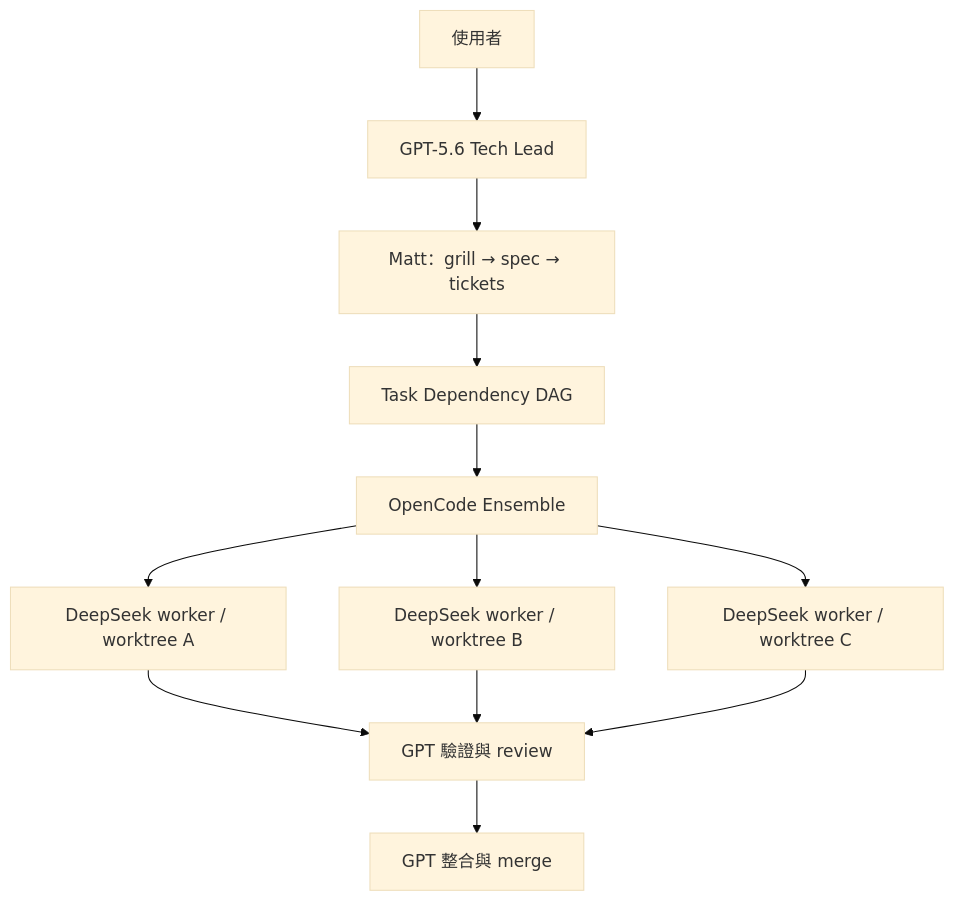
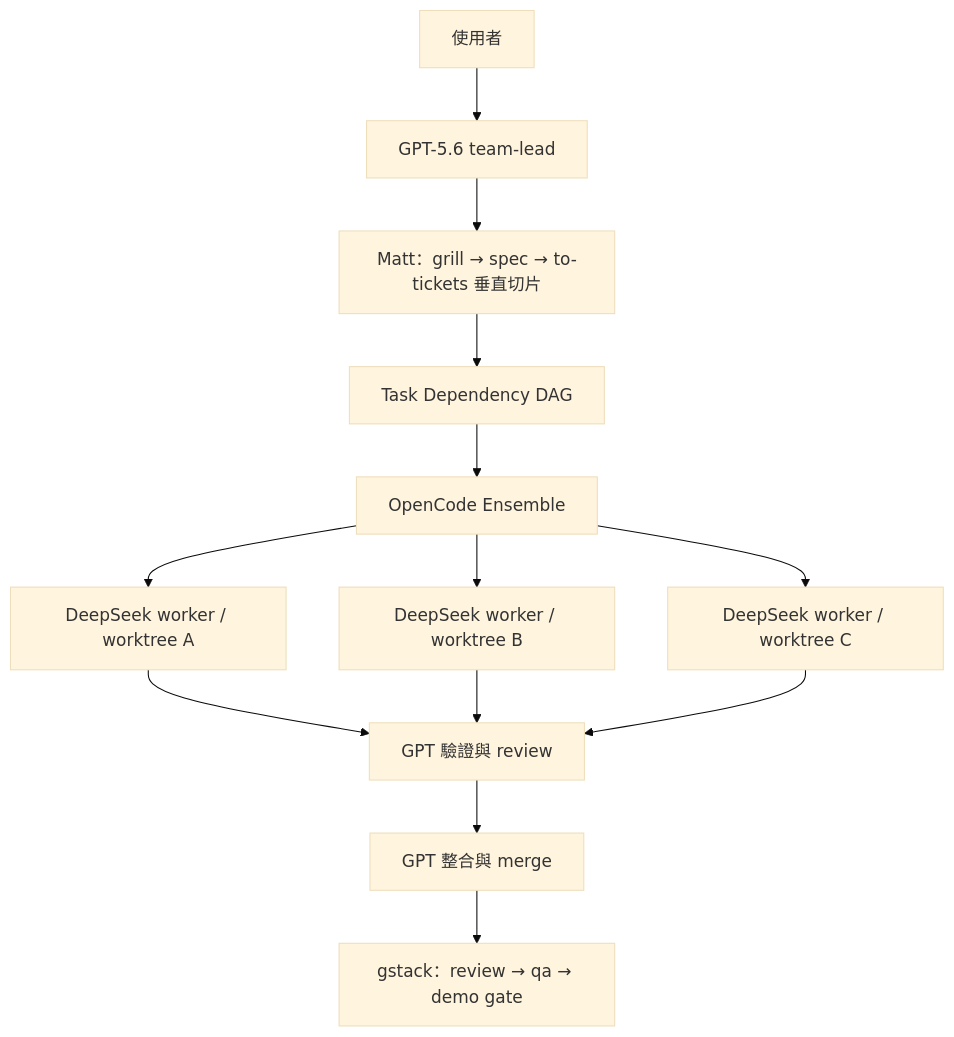
Before and after one commit to hh123456tw/ai-dev-workflow-kit: the second of 2 diagrams in README.md, drawn with Mermaid (base theme). The commit also changed other lines of this file, not shown here.

````diff
--- a/README.md
+++ b/README.md
@@ -34,14 +40,15 @@
 ```mermaid
 flowchart TD
-  U[使用者] --> L[GPT-5.6 Tech Lead]
-  L --> M[Matt：grill → spec → tickets]
+  U[使用者] --> L[GPT-5.6 team-lead]
+  L --> M[Matt：grill → spec → to-tickets 垂直切片]
   M --> D[Task Dependency DAG]
   D --> E[OpenCode Ensemble]
   E --> W1[DeepSeek worker / worktree A]
   E --> W2[DeepSeek worker / worktree B]
   E --> W3[DeepSeek worker / worktree C]
   W1 --> V[GPT 驗證與 review]
   W2 --> V
   W3 --> V
   V --> I[GPT 整合與 merge]
+  I --> G[gstack：review → qa → demo gate]
 ```
````
